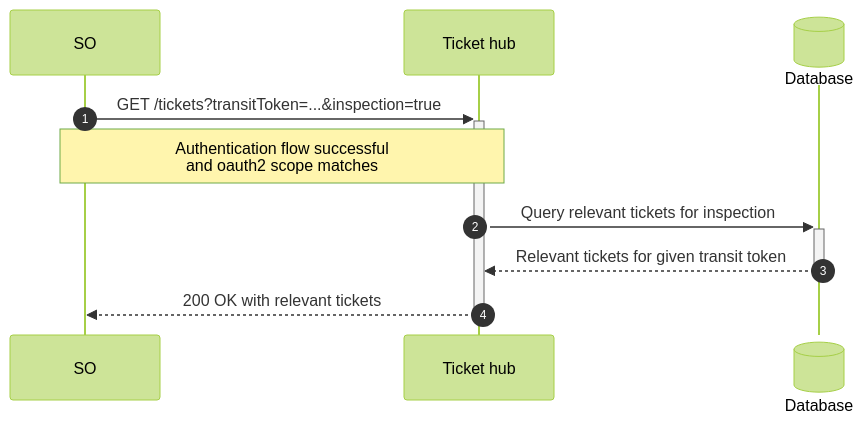
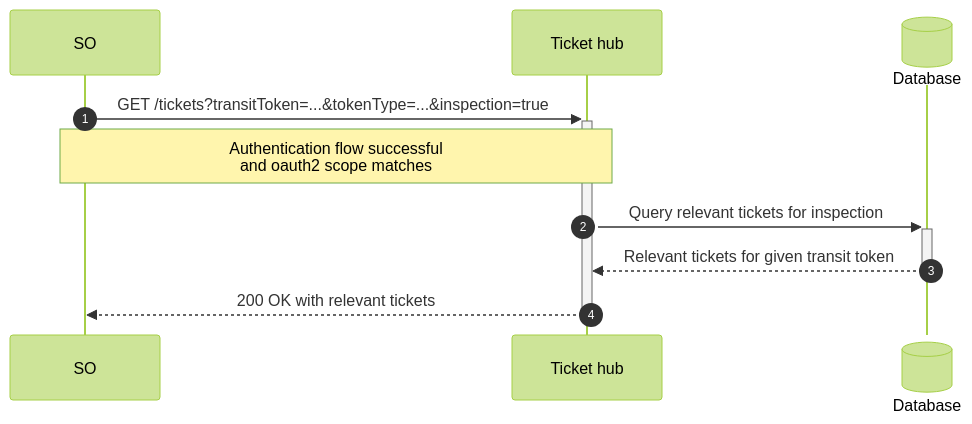
The second of 5 diagrams in UseCases.md (HUSST-de/ABT-Ticketspeicher-Schnittstelle), drawn with Mermaid (forest theme) before and after one commit. The commit also changed other lines of this file and 3 other files, not shown here.

Commit message:
Extend transit token and entitlement content types

````diff
--- a/UseCases.md
+++ b/UseCases.md
@@ -68,14 +68,14 @@
 ```mermaid
 sequenceDiagram
     autonumber
     participant Client as SO
     participant Tickethub as Ticket hub
     participant Database@{"type":"database"}
 
-    Client->>+Tickethub: GET /tickets?transitToken=...&inspection=true
+    Client->>+Tickethub: GET /tickets?transitToken=...&tokenType=...&inspection=true
     note over Client,Tickethub: Authentication flow successful<br>and oauth2 scope matches
 
     Tickethub->>+Database: Query relevant tickets for inspection
     Database-->>-Tickethub: Relevant tickets for given transit token
     Tickethub-->>-Client: 200 OK with relevant tickets
 ```
````
